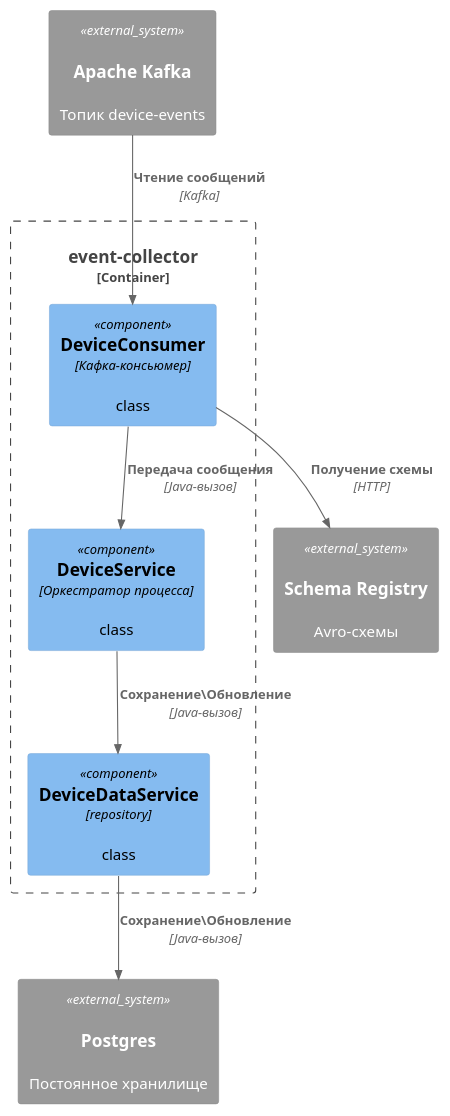
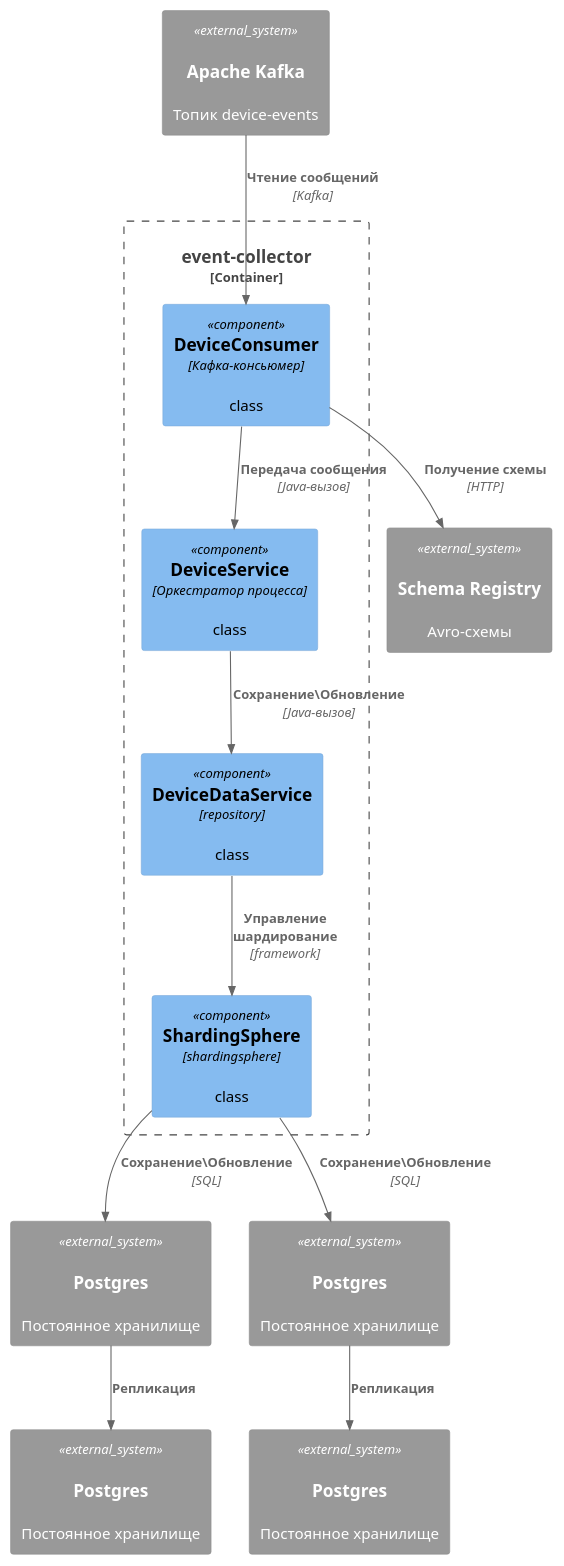
The diagram in diagrams/device-collector/device-collector-component.puml (ApenDover/ourcode-iot-platform), drawn with PlantUML before and after one commit. The commit also changed 9 other files, not shown here.

Commit message:
ReadMe + схемы

```diff
--- a/diagrams/device-collector/device-collector-component.puml
+++ b/diagrams/device-collector/device-collector-component.puml
@@ -1,25 +1,34 @@
 @startuml
 !include https://raw.githubusercontent.com/plantuml-stdlib/C4-PlantUML/master/C4_Component.puml
 
 AddElementTag("microservice", $bgColor="#E6F3F7", $fontColor="#333333", $borderColor="#3F668F")
 AddElementTag("storage", $bgColor="#F7E9E6", $fontColor="#333333", $borderColor="#8F3F3F")
 AddElementTag("queue", $bgColor="#E6F7E6", $fontColor="#333333", $borderColor="#3F8F5F")
 
 Container_Boundary(app, "event-collector") {
     Component(consumer, "DeviceConsumer", "Кафка-консьюмер", "class")
     Component(device_service, "DeviceService", "Оркестратор процесса", "class")
     Component(device_data_service, "DeviceDataService", "repository", "class")
+    Component(shardingsphere, "ShardingSphere", "shardingsphere", "class")
 }
 
 System_Ext(kafka, "Apache Kafka", "Топик device-events", "queue")
 System_Ext(schema_reg, "Schema Registry", "Avro-схемы", "storage")
-System_Ext(postgres, "Postgres", "Постоянное хранилище", "storage")
+System_Ext(postgres_shard_2, "Postgres", "Постоянное хранилище", "storage")
+System_Ext(postgres_shard_1, "Postgres", "Постоянное хранилище", "storage")
+System_Ext(postgres_replica_1, "Postgres", "Постоянное хранилище", "storage")
+System_Ext(postgres_replica_2, "Postgres", "Постоянное хранилище", "storage")
 
 Rel(kafka, consumer, "Чтение сообщений", "Kafka")
 Rel(consumer, schema_reg, "Получение схемы", "HTTP")
 Rel(consumer, device_service, "Передача сообщения", "Java-вызов")
 
 Rel(device_service, device_data_service, "Сохранение\Обновление", "Java-вызов")
-Rel(device_data_service, postgres, "Сохранение\Обновление", "Java-вызов")
+Rel(device_data_service, shardingsphere, "Управление шардирование", "framework")
+
+Rel(shardingsphere, postgres_shard_1, "Сохранение\Обновление", "SQL")
+Rel(shardingsphere, postgres_shard_2, "Сохранение\Обновление", "SQL")
+Rel(postgres_shard_2, postgres_replica_2, "Репликация")
+Rel(postgres_shard_1, postgres_replica_1, "Репликация")
 
 @enduml
```
